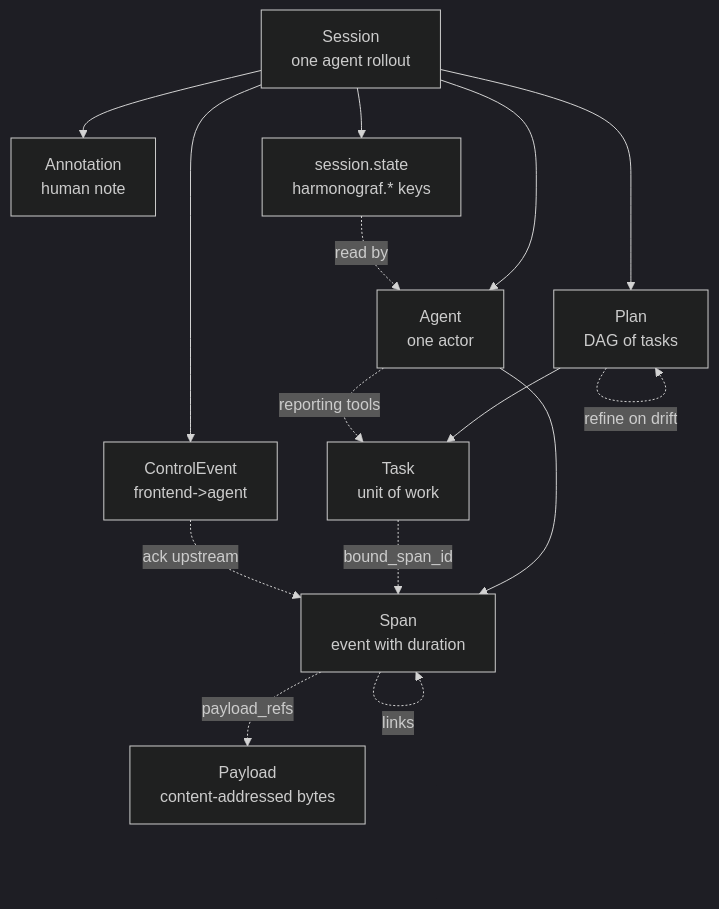
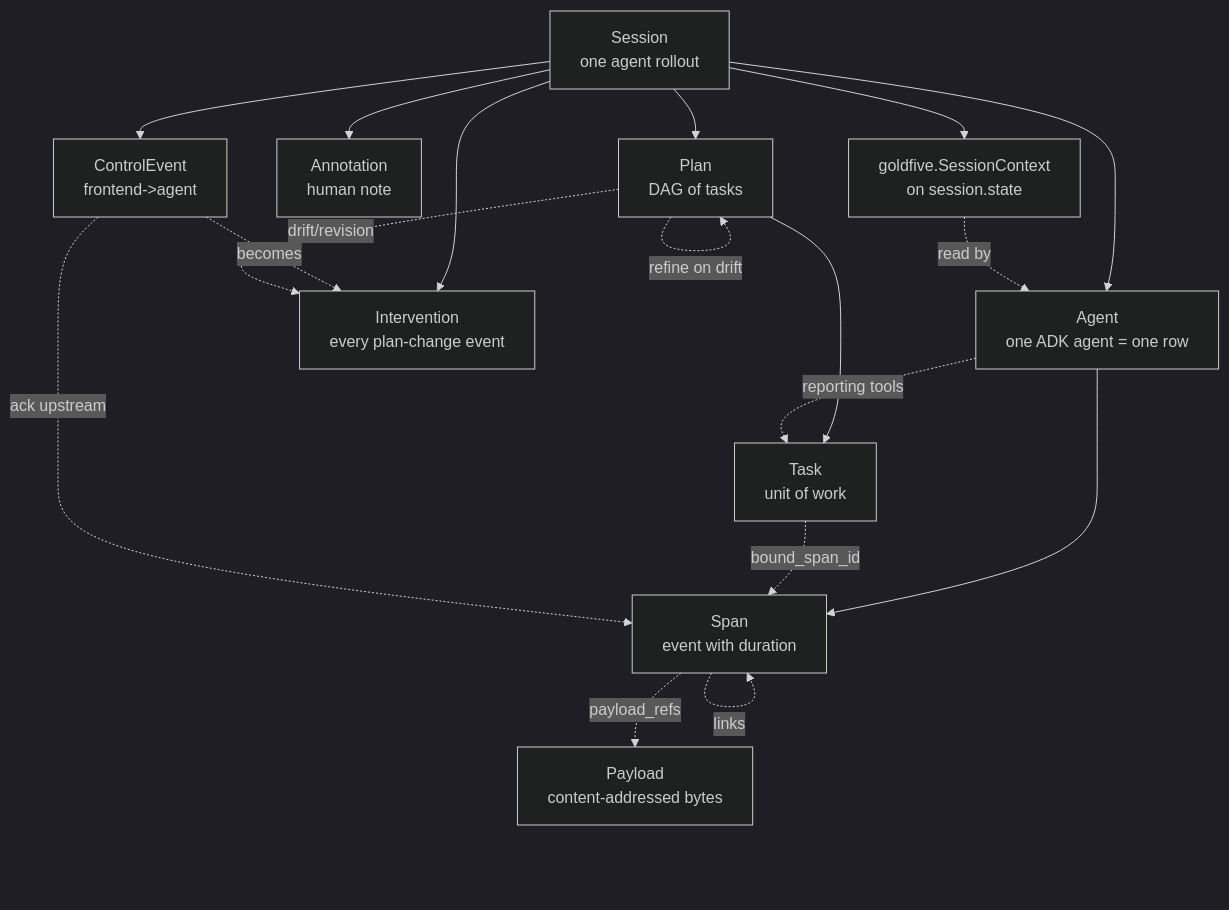
The first of 4 diagrams in docs/tour/terminology-map.md (pedapudi/harmonograf), drawn with Mermaid (dark theme) before and after one commit. The commit also changed other lines of this file and 17 other files, not shown here.

````diff
--- a/docs/tour/terminology-map.md
+++ b/docs/tour/terminology-map.md
@@ -16,17 +16,20 @@
 ```mermaid
 graph TD
-    Session[Session<br/>one agent rollout] --> Agent[Agent<br/>one actor]
+    Session[Session<br/>one agent rollout] --> Agent[Agent<br/>one ADK agent = one row]
     Session --> Plan[Plan<br/>DAG of tasks]
     Agent --> Span[Span<br/>event with duration]
     Plan --> Task[Task<br/>unit of work]
     Task -.bound_span_id.-> Span
     Span -.payload_refs.-> Payload[Payload<br/>content-addressed bytes]
     Span -.links.-> Span
     Plan -.refine on drift.-> Plan
     Session --> Annotation[Annotation<br/>human note]
     Session --> ControlEvent[ControlEvent<br/>frontend->agent]
-    Session --> SessionState[session.state<br/>harmonograf.* keys]
-    SessionState -.read by.-> Agent
+    Session --> Intervention[Intervention<br/>every plan-change event]
+    Session --> SessionCtx[goldfive.SessionContext<br/>on session.state]
+    SessionCtx -.read by.-> Agent
     Agent -.reporting tools.-> Task
     ControlEvent -.ack upstream.-> Span
+    ControlEvent -.becomes.-> Intervention
+    Plan -.drift/revision.-> Intervention
 ```
````
